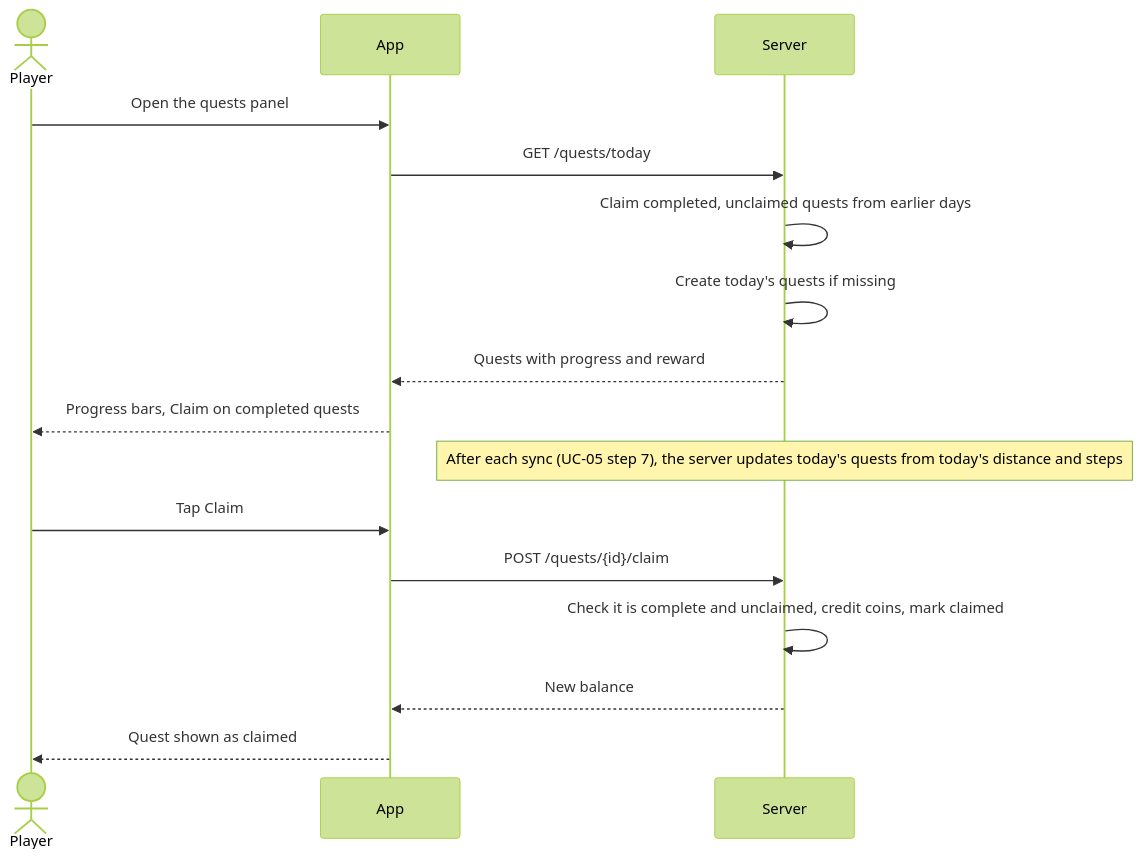
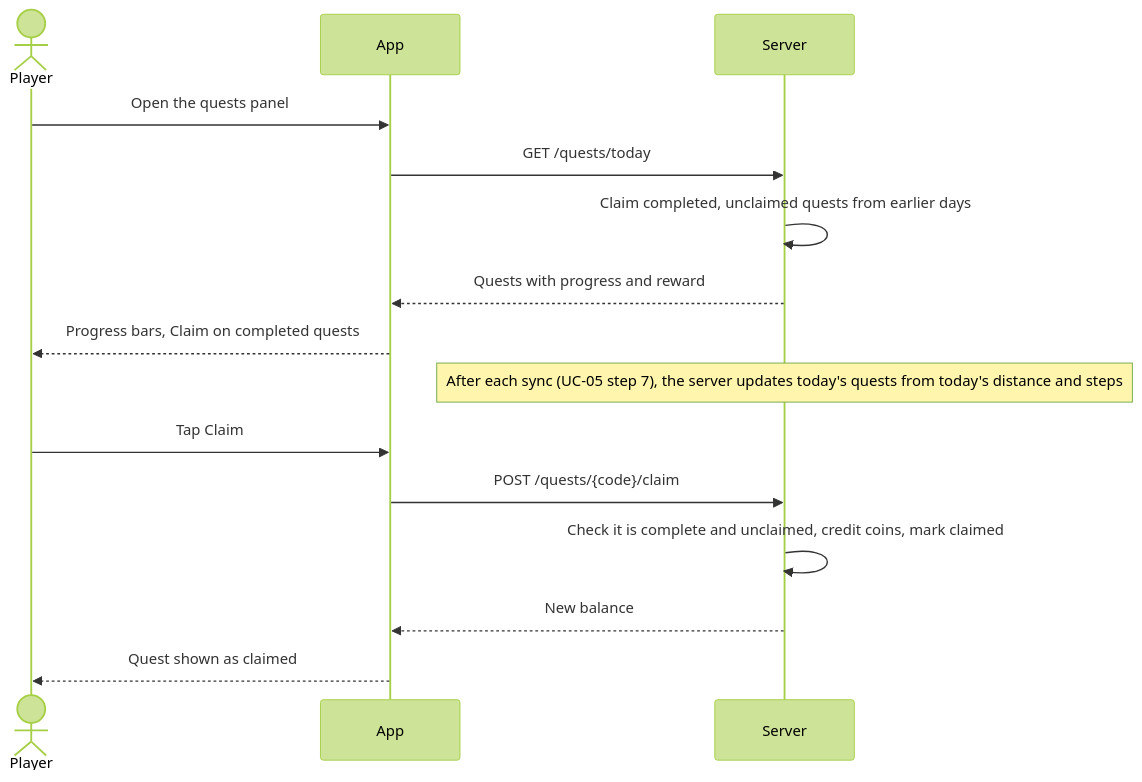
One commit to zhangs-tech/runtomo changed the diagram in docs/usecases/UC-13-complete-daily-quests.md. Above: the diagram before and after it, drawn with Mermaid (forest theme). The commit also changed other lines of this file and 13 other files, not shown here.

Commit message:
docs: move static game data out of ERD and drop achievements from MVP

````diff
--- a/docs/usecases/UC-13-complete-daily-quests.md
+++ b/docs/usecases/UC-13-complete-daily-quests.md
@@ -65,19 +64,18 @@
 ```mermaid
 sequenceDiagram
     actor P as Player
     participant A as App
     participant S as Server
 
     P->>A: Open the quests panel
     A->>S: GET /quests/today
     S->>S: Claim completed, unclaimed quests from earlier days
-    S->>S: Create today's quests if missing
     S-->>A: Quests with progress and reward
     A-->>P: Progress bars, Claim on completed quests
     Note over S: After each sync (UC-05 step 7), the server updates today's quests from today's distance and steps
     P->>A: Tap Claim
-    A->>S: POST /quests/{id}/claim
+    A->>S: POST /quests/{code}/claim
     S->>S: Check it is complete and unclaimed, credit coins, mark claimed
     S-->>A: New balance
     A-->>P: Quest shown as claimed
 ```
````
